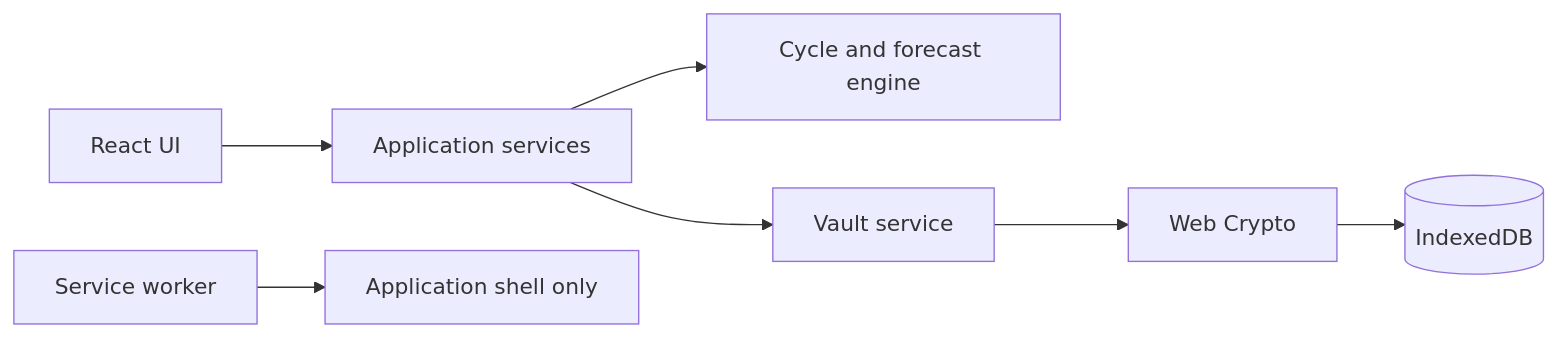
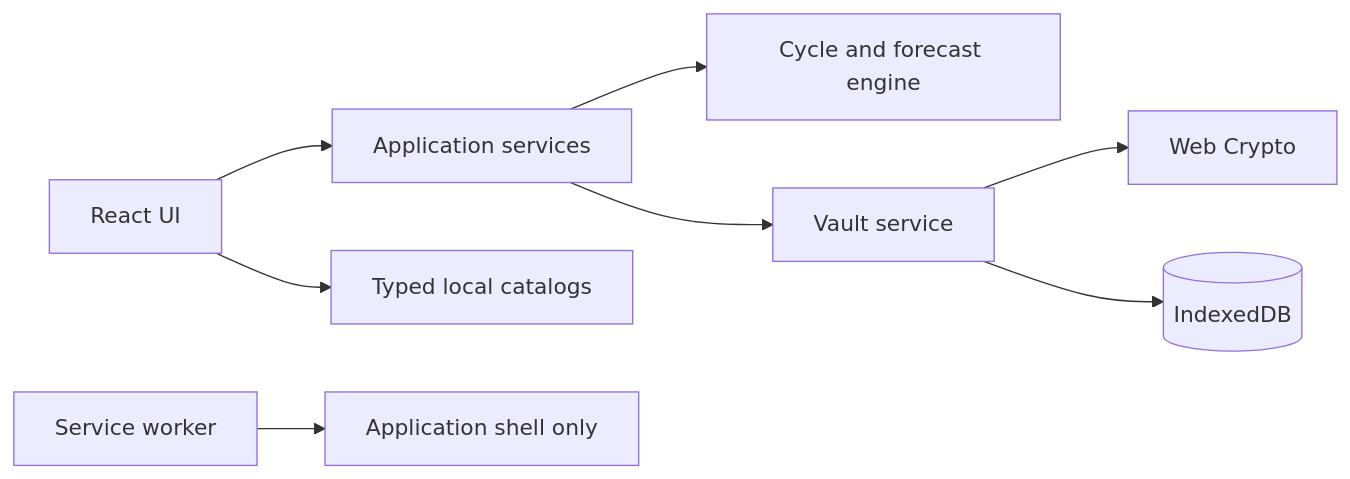
The diagram in README.md (vsakhovski/perfectdays), drawn with Mermaid before and after one commit. The commit also changed other lines of this file and 57 other files, not shown here.

Commit message:
phase 1 secure local core implemented.: * The repository now contains the typed React application shell, light/dark themes, English/German localization, a versioned IndexedDB vault, optional PIN encryption, lock/reset flows, lifecycle-driven auto-lock, and automated browser coverage.

````diff
--- a/README.md
+++ b/README.md
@@ -344,9 +349,10 @@
 ```mermaid
 flowchart LR
     UI[React UI] --> APP[Application services]
+    UI --> I18N[Typed local catalogs]
     APP --> DOMAIN[Cycle and forecast engine]
     APP --> VAULT[Vault service]
     VAULT --> CRYPTO[Web Crypto]
-    CRYPTO --> DB[(IndexedDB)]
+    VAULT --> DB[(IndexedDB)]
     SW[Service worker] --> SHELL[Application shell only]
 ```
````
